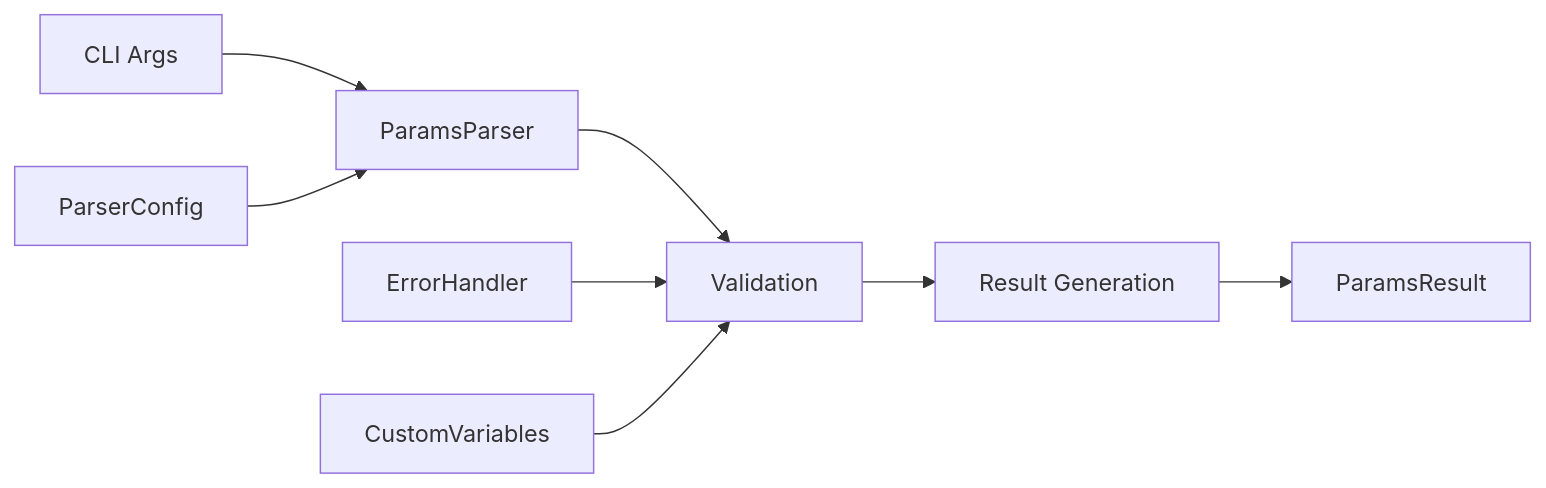
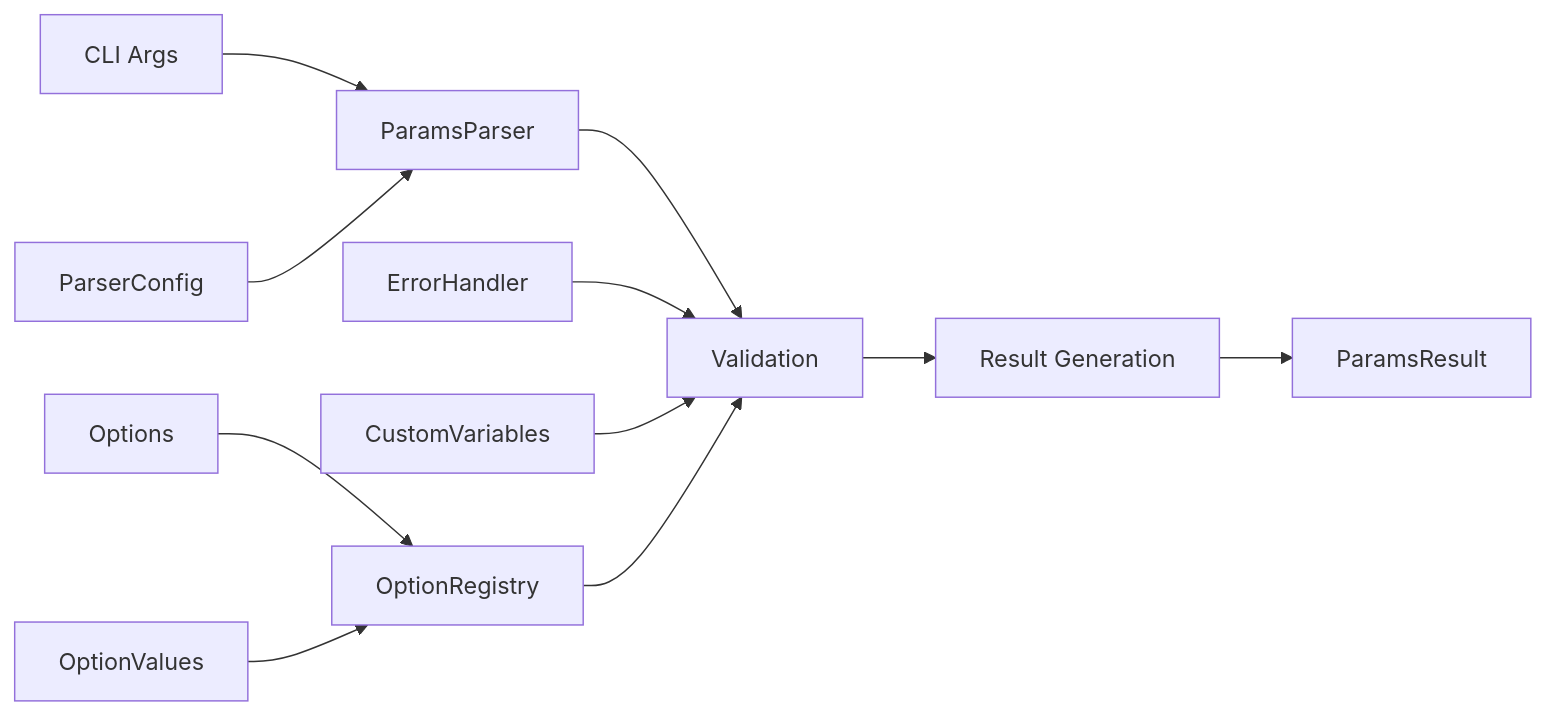
Before and after one commit to tettuan/breakdownparams: the eighth of 10 diagrams in docs/architecture/layer2_diagrams.ja.md, drawn with Mermaid. The commit also changed other lines of this file and 123 other files, not shown here.

Commit message:
feat: implement option system architecture - Add option types, registry, tests and update docs

````diff
--- a/docs/architecture/layer2_diagrams.ja.md
+++ b/docs/architecture/layer2_diagrams.ja.md
@@ -119,11 +172,15 @@
 ```mermaid
 graph LR
     A[CLI Args] --> B[ParamsParser]
     B --> C[Validation]
     C --> D[Result Generation]
     D --> E[ParamsResult]
     
     F[ParserConfig] --> B
     G[ErrorHandler] --> C
     H[CustomVariables] --> C
+    
+    I[OptionRegistry] --> C
+    J[Options] --> I
+    K[OptionValues] --> I
 ```
````
